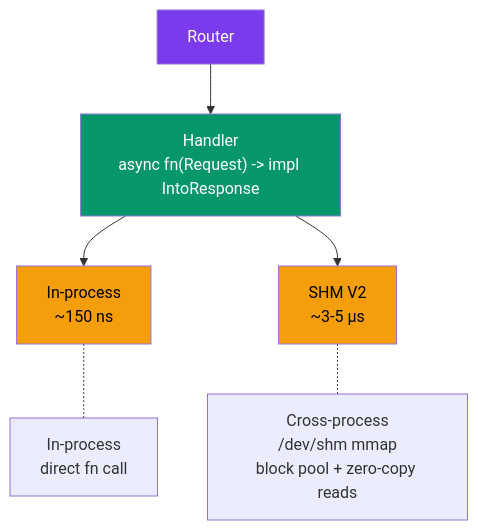
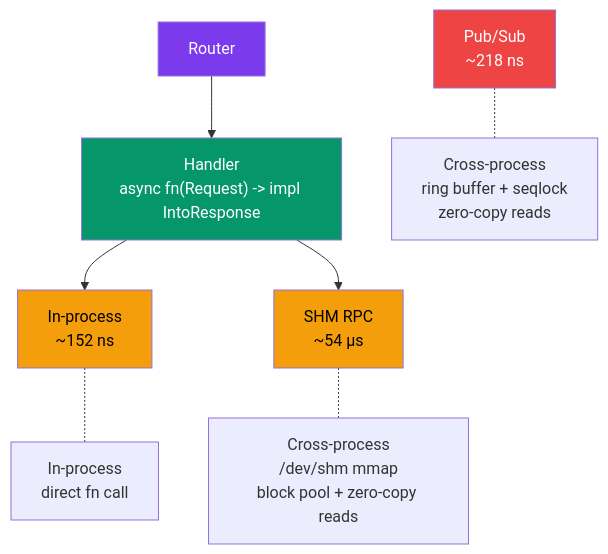
The diagram in README.md (userFRM/crossbar), drawn with Mermaid before and after one commit. The commit also changed other lines of this file and 2 other files, not shown here.

First line of the commit message:
Fix pub/sub throughput regression, rewrite README with accurate numbers

````diff
--- a/README.md
+++ b/README.md
@@ -177,15 +194,18 @@
 ```mermaid
 graph TD
     R["Router"] --> H["Handler<br>async fn(Request) -> impl IntoResponse"]
 
-    H --> M["In-process<br>~150 ns"]
-    H --> SHM["SHM V2<br>~3-5 µs"]
+    H --> M["In-process<br>~152 ns"]
+    H --> SHM["SHM RPC<br>~54 µs"]
 
     M -.- MP["In-process<br>direct fn call"]
     SHM -.- SP["Cross-process<br>/dev/shm mmap<br>block pool + zero-copy reads"]
+
+    PS["Pub/Sub<br>~218 ns"] -.- PSP["Cross-process<br>ring buffer + seqlock<br>zero-copy reads"]
 
     style R fill:#7c3aed,color:#fff
     style H fill:#059669,color:#fff
     style M fill:#f59e0b,color:#000
     style SHM fill:#f59e0b,color:#000
+    style PS fill:#ef4444,color:#fff
 ```
````
